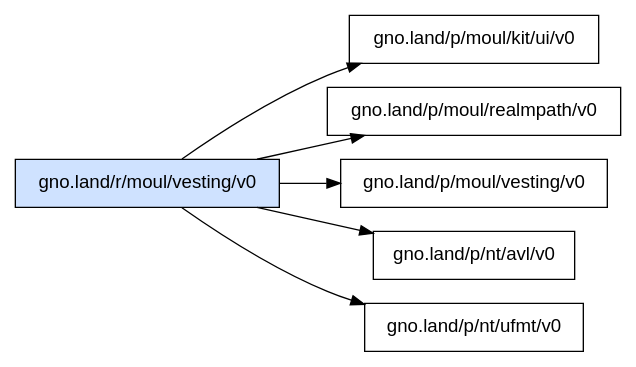
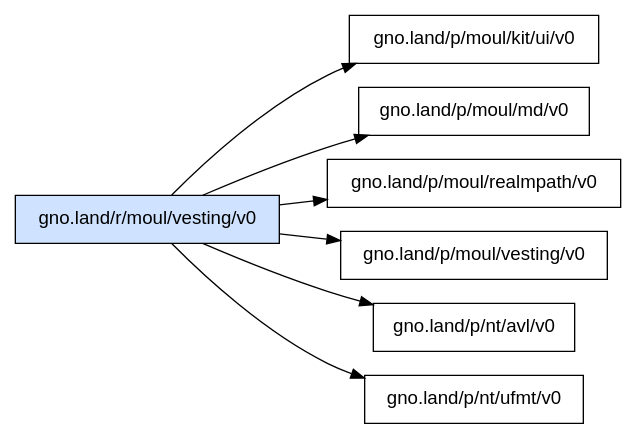
One commit to moul/gno-contracts changed the diagram in _assets/gno.land/r/moul/vesting/v0/deps.dot. Above: the diagram before and after it, drawn with Graphviz. The commit also changed 10 other files, not shown here.

Commit message:
chore: regenerate catalog, graphs and on-chain status [skip ci]

```diff
--- a/_assets/gno.land/r/moul/vesting/v0/deps.dot
+++ b/_assets/gno.land/r/moul/vesting/v0/deps.dot
@@ -1,10 +1,11 @@
 digraph deps {
   rankdir=LR;
   node [shape=box, fontname="sans-serif"];
   "gno.land/r/moul/vesting/v0" [style=filled, fillcolor="#cfe2ff"];
   "gno.land/r/moul/vesting/v0" -> "gno.land/p/moul/kit/ui/v0";
+  "gno.land/r/moul/vesting/v0" -> "gno.land/p/moul/md/v0";
   "gno.land/r/moul/vesting/v0" -> "gno.land/p/moul/realmpath/v0";
   "gno.land/r/moul/vesting/v0" -> "gno.land/p/moul/vesting/v0";
   "gno.land/r/moul/vesting/v0" -> "gno.land/p/nt/avl/v0";
   "gno.land/r/moul/vesting/v0" -> "gno.land/p/nt/ufmt/v0";
 }
```
